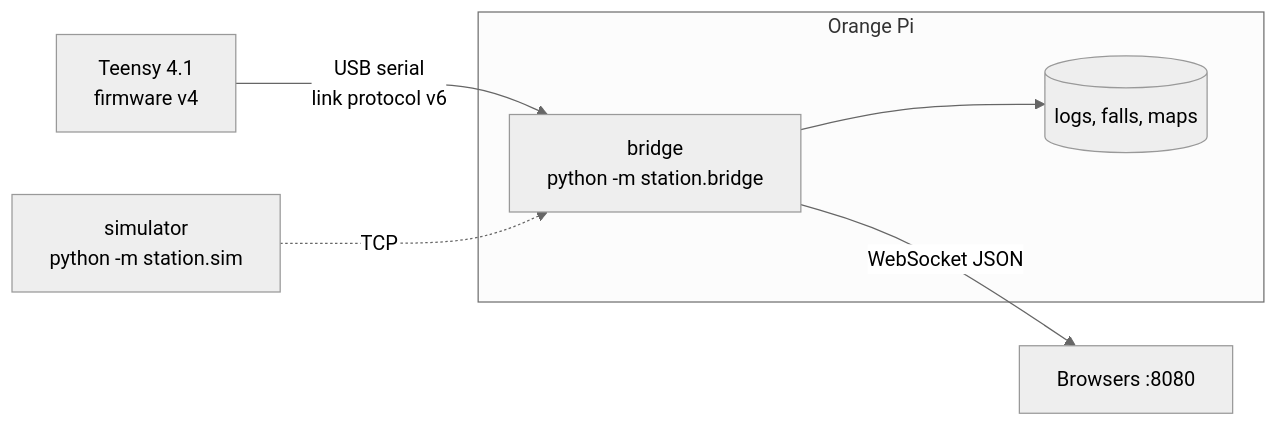
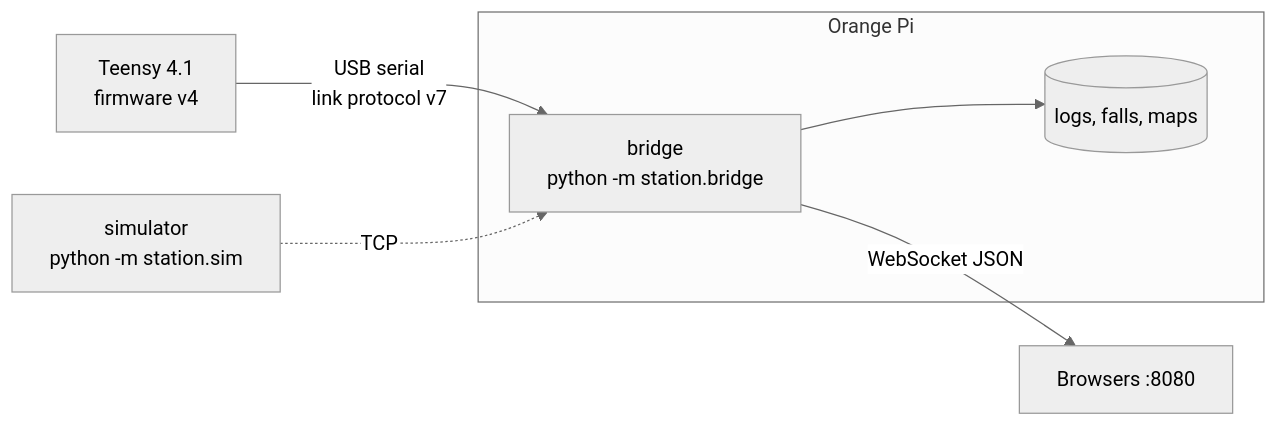
One commit to nespotts/self_balancing_robot_3 changed the first of 3 diagrams in station/README.md. Above: the diagram before and after it, drawn with Mermaid (neutral theme). The commit also changed other lines of this file and 22 other files, not shown here.

````diff
--- a/station/README.md
+++ b/station/README.md
@@ -5,9 +5,9 @@
 ```mermaid
 flowchart LR
-  T[Teensy 4.1<br>firmware v4] -- "USB serial<br>link protocol v6" --> B
+  T[Teensy 4.1<br>firmware v4] -- "USB serial<br>link protocol v7" --> B
   subgraph Pi[Orange Pi]
     B[bridge<br>python -m station.bridge] --> L[(logs, falls, maps)]
   end
   B -- "WebSocket JSON" --> W[Browsers :8080]
   S[simulator<br>python -m station.sim] -. "TCP" .-> B
 ```
````
